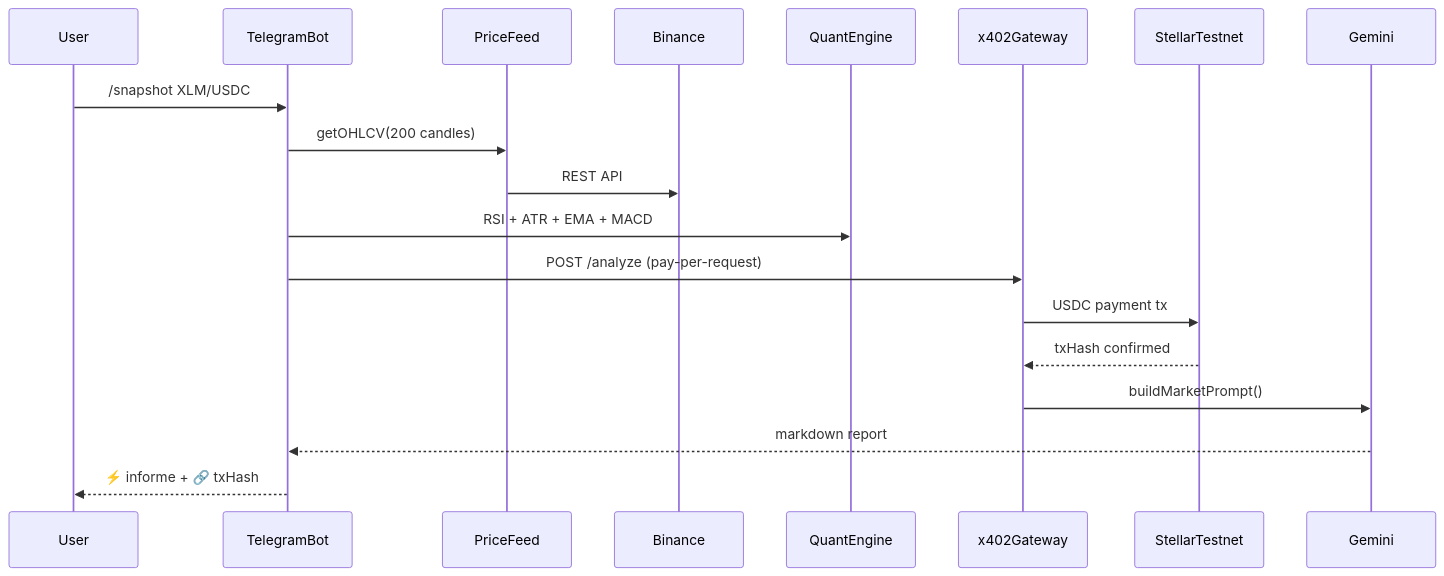
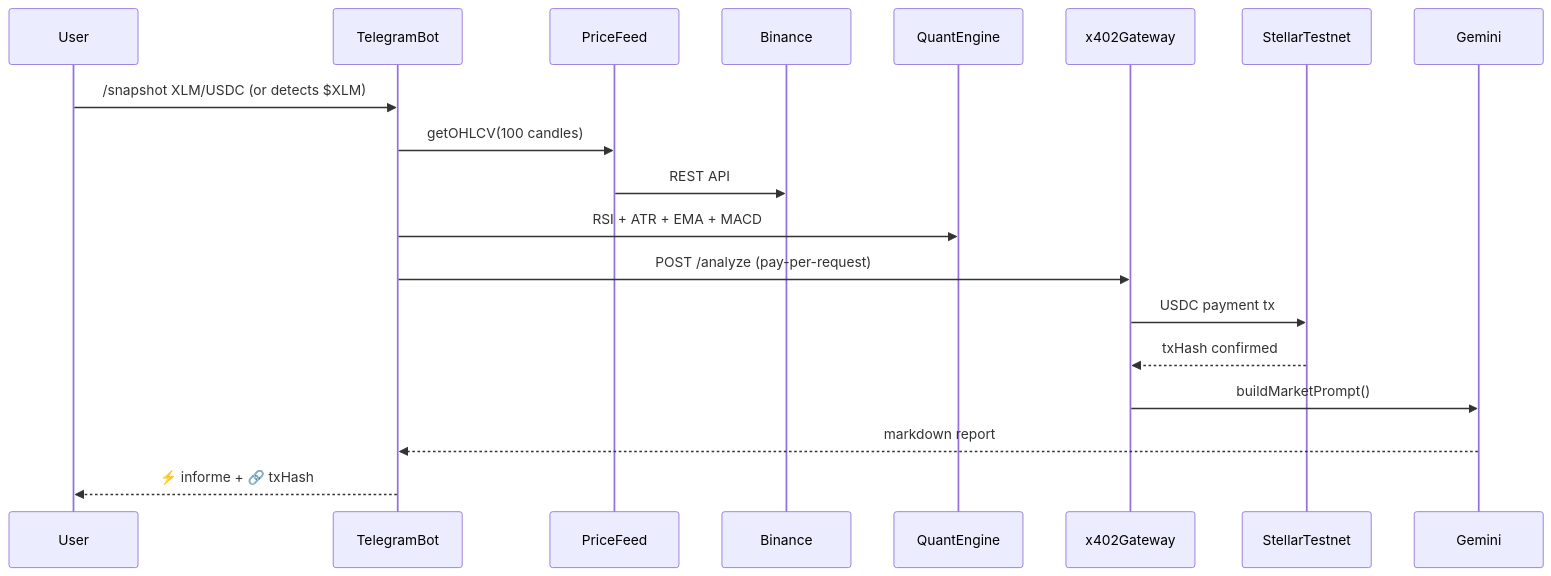
One commit to Handilusa/Ferrule changed the second of 2 diagrams in README.md. Above: the diagram before and after it, drawn with Mermaid. The commit also changed other lines of this file, not shown here.

Commit message:
docs(readme): exhaustive hackathon submission rewrite highlighting quantitative telegram monitor and fallback disclosures while preserving original soroban contract hashes

````diff
--- a/README.md
+++ b/README.md
@@ -65,13 +71,13 @@
 ```mermaid
 sequenceDiagram
-    User->>TelegramBot: /snapshot XLM/USDC
-    TelegramBot->>PriceFeed: getOHLCV(200 candles)
+    User->>TelegramBot: /snapshot XLM/USDC (or detects $XLM)
+    TelegramBot->>PriceFeed: getOHLCV(100 candles)
     PriceFeed->>Binance: REST API
-    TelegramBot->>QuantEngine: RSI + ATR + EMA + MACD
+    TelegramBot->>QuantEngine: RSI + ATR + EMA + MACD 
     TelegramBot->>x402Gateway: POST /analyze (pay-per-request)
     x402Gateway->>StellarTestnet: USDC payment tx
     StellarTestnet-->>x402Gateway: txHash confirmed
     x402Gateway->>Gemini: buildMarketPrompt()
     Gemini-->>TelegramBot: markdown report
     TelegramBot-->>User: ⚡ informe + 🔗 txHash
 ```
````
